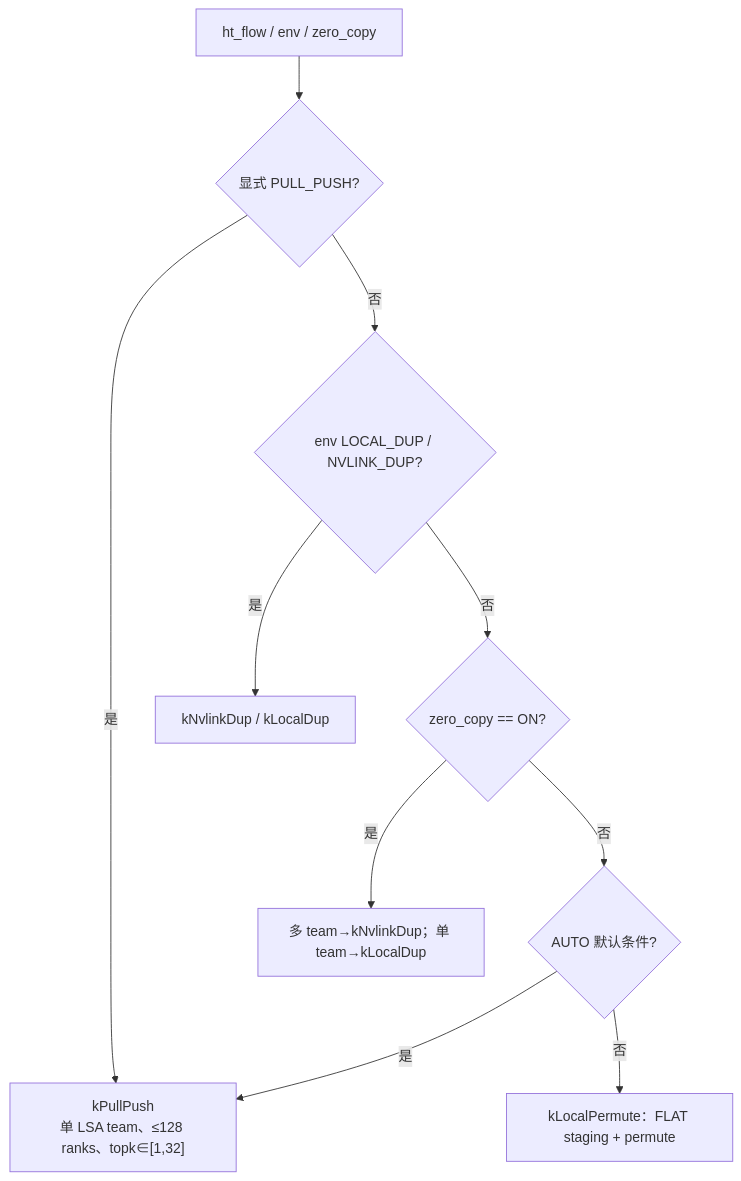
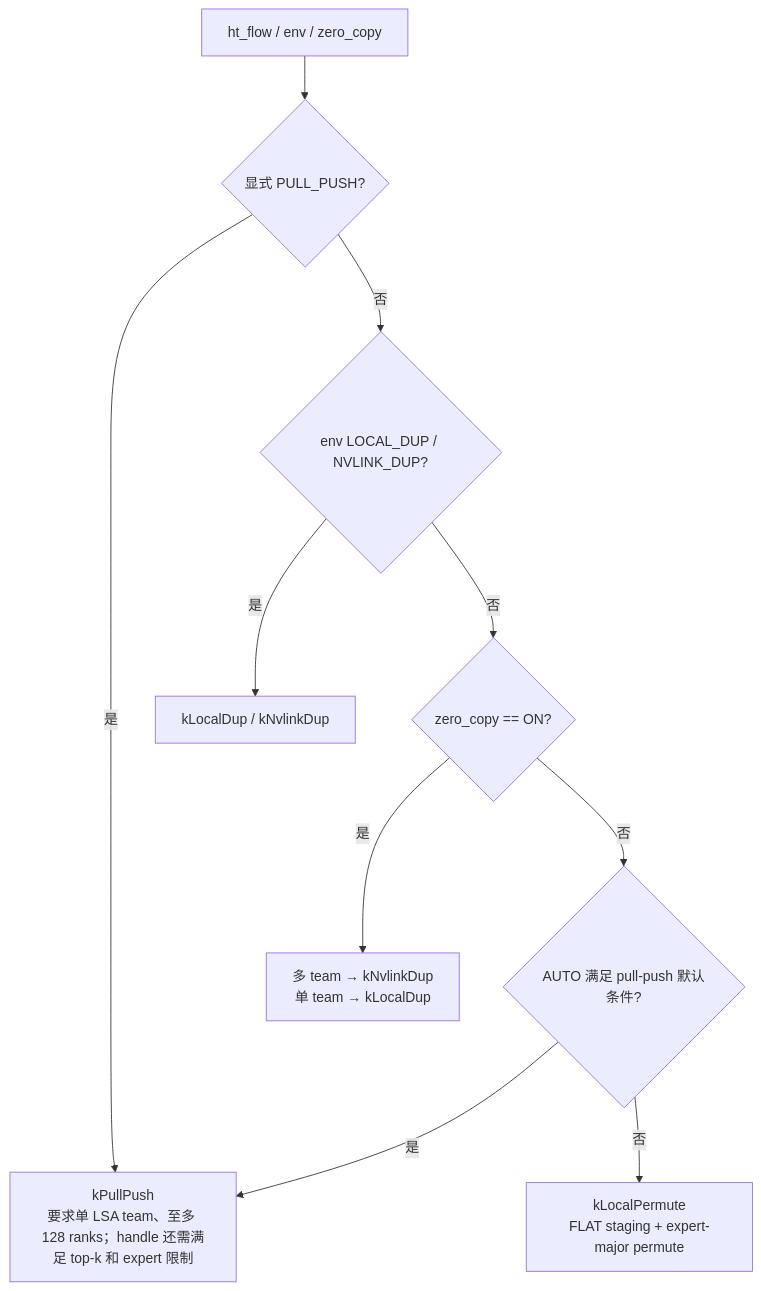
The third of 12 diagrams in nccl_ep/docs/design_overview.md (s0okiym/nccl-extensions), drawn with Mermaid before and after one commit. The commit also changed other lines of this file, not shown here.

````diff
--- a/nccl_ep/docs/design_overview.md
+++ b/nccl_ep/docs/design_overview.md
@@ -162,12 +157,12 @@
 ```mermaid
 flowchart TD
   A["ht_flow / env / zero_copy"] --> B{"显式 PULL_PUSH?"}
-  B -->|是| M["kPullPush<br/>单 LSA team、≤128 ranks、topk∈[1,32]"]
+  B -->|是| M["kPullPush<br/>要求单 LSA team、至多 128 ranks；handle 还需满足 top-k 和 expert 限制"]
   B -->|否| C{"env LOCAL_DUP / NVLINK_DUP?"}
-  C -->|是| D["kNvlinkDup / kLocalDup"]
+  C -->|是| D["kLocalDup / kNvlinkDup"]
   C -->|否| E{"zero_copy == ON?"}
-  E -->|是| F["多 team→kNvlinkDup；单 team→kLocalDup"]
-  E -->|否| G{"AUTO 默认条件?"}
+  E -->|是| F["多 team → kNvlinkDup<br/>单 team → kLocalDup"]
+  E -->|否| G{"AUTO 满足 pull-push 默认条件?"}
   G -->|是| M
-  G -->|否| H["kLocalPermute：FLAT staging + permute"]
+  G -->|否| H["kLocalPermute<br/>FLAT staging + expert-major permute"]
 ```
````
